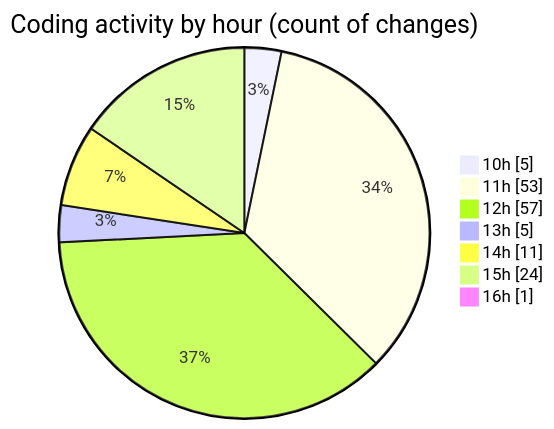
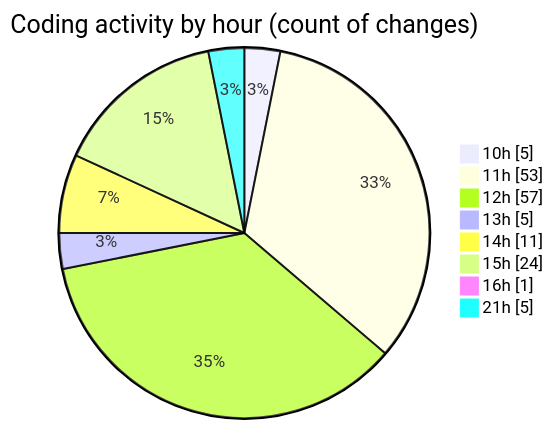
One commit to momahboobian/code-tracking changed the second of 2 diagrams in 2025-06-17/cda/README.md. Above: the diagram before and after it, drawn with Mermaid. The commit also changed other lines of this file and 1 other file, not shown here.

````diff
--- a/2025-06-17/cda/README.md
+++ b/2025-06-17/cda/README.md
@@ -53,11 +54,12 @@
 ```mermaid
 pie showData
 title Coding activity by hour (count of changes)
 "10h" : 5
 "11h" : 53
 "12h" : 57
 "13h" : 5
 "14h" : 11
 "15h" : 24
 "16h" : 1
+"21h" : 5
 ```
````
